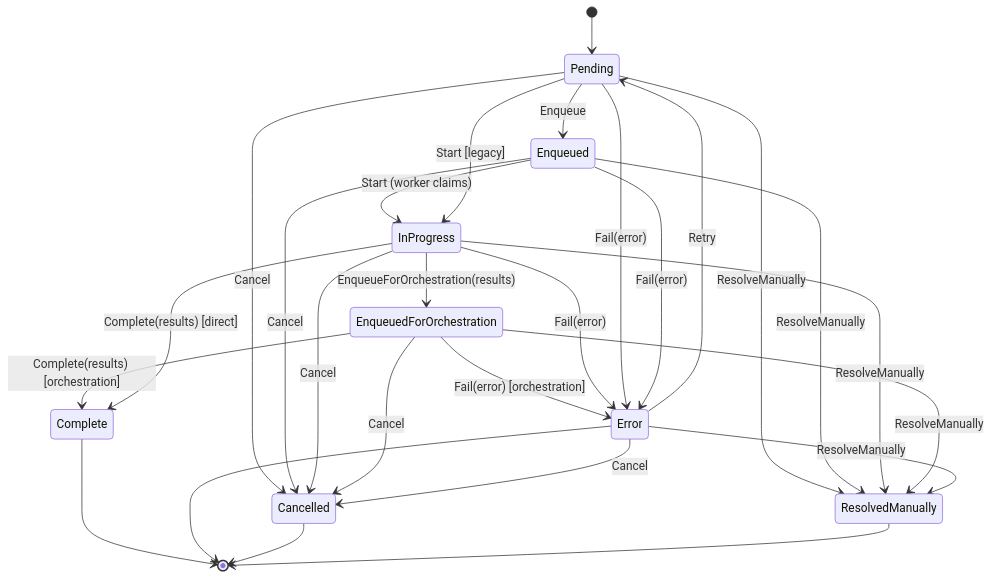
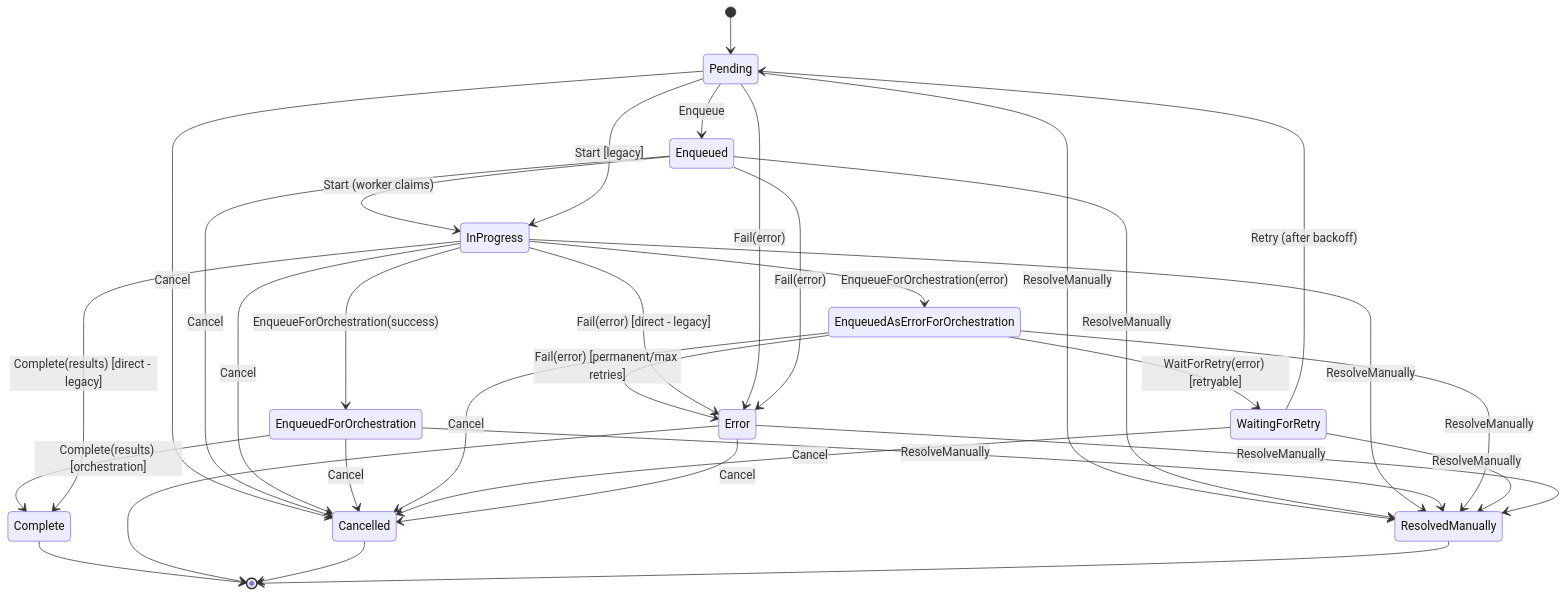
Before and after one commit to tasker-systems/tasker-core-rs: the second of 2 diagrams in docs/states-and-lifecycles.md, drawn with Mermaid. The commit also changed other lines of this file and 6 other files, not shown here.

````diff
--- a/docs/states-and-lifecycles.md
+++ b/docs/states-and-lifecycles.md
@@ -194,45 +210,53 @@
 ```mermaid
 stateDiagram-v2
     [*] --> Pending
-    
+
     %% Main Execution Path
     Pending --> Enqueued : Enqueue
     Enqueued --> InProgress : Start (worker claims)
-    InProgress --> EnqueuedForOrchestration : EnqueueForOrchestration(results)
+    InProgress --> EnqueuedForOrchestration : EnqueueForOrchestration(success)
     EnqueuedForOrchestration --> Complete : Complete(results) [orchestration]
-    EnqueuedForOrchestration --> Error : Fail(error) [orchestration]
-    
-    %% Legacy Direct Path (being phased out)
-    InProgress --> Complete : Complete(results) [direct]
-    
+
+    %% Error Handling Path (TAS-42)
+    InProgress --> EnqueuedAsErrorForOrchestration : EnqueueForOrchestration(error)
+    EnqueuedAsErrorForOrchestration --> WaitingForRetry : WaitForRetry(error) [retryable]
+    EnqueuedAsErrorForOrchestration --> Error : Fail(error) [permanent/max retries]
+
+    %% Retry Path
+    WaitingForRetry --> Pending : Retry (after backoff)
+
+    %% Legacy Direct Path (deprecated)
+    InProgress --> Complete : Complete(results) [direct - legacy]
+    InProgress --> Error : Fail(error) [direct - legacy]
+
     %% Legacy Backward Compatibility
     Pending --> InProgress : Start [legacy]
-    
-    %% Failure Paths
-    InProgress --> Error : Fail(error)
+
+    %% Direct Failure Paths (error before worker processing)
     Pending --> Error : Fail(error)
     Enqueued --> Error : Fail(error)
-    
-    %% Retry from Error
-    Error --> Pending : Retry
-    
+
     %% Cancellation Paths
     Pending --> Cancelled : Cancel
     Enqueued --> Cancelled : Cancel
     InProgress --> Cancelled : Cancel
     EnqueuedForOrchestration --> Cancelled : Cancel
+    EnqueuedAsErrorForOrchestration --> Cancelled : Cancel
+    WaitingForRetry --> Cancelled : Cancel
     Error --> Cancelled : Cancel
-    
+
     %% Manual Resolution (from any state)
     Pending --> ResolvedManually : ResolveManually
     Enqueued --> ResolvedManually : ResolveManually
     InProgress --> ResolvedManually : ResolveManually
     EnqueuedForOrchestration --> ResolvedManually : ResolveManually
+    EnqueuedAsErrorForOrchestration --> ResolvedManually : ResolveManually
+    WaitingForRetry --> ResolvedManually : ResolveManually
     Error --> ResolvedManually : ResolveManually
-    
+
     %% Terminal States
     Complete --> [*]
     Error --> [*]
     Cancelled --> [*]
     ResolvedManually --> [*]
 ```
````
